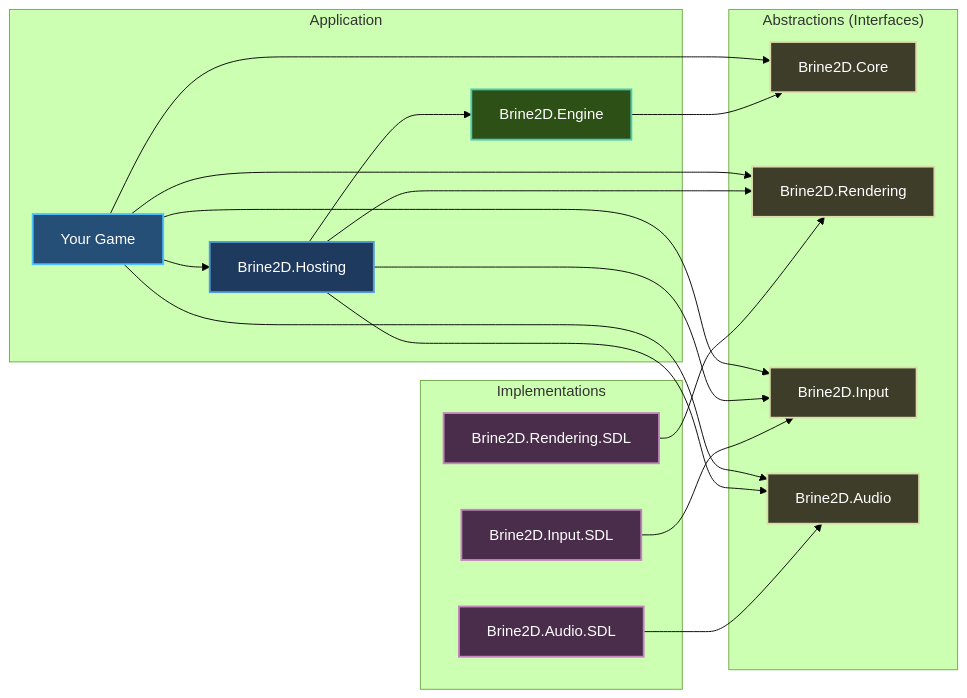
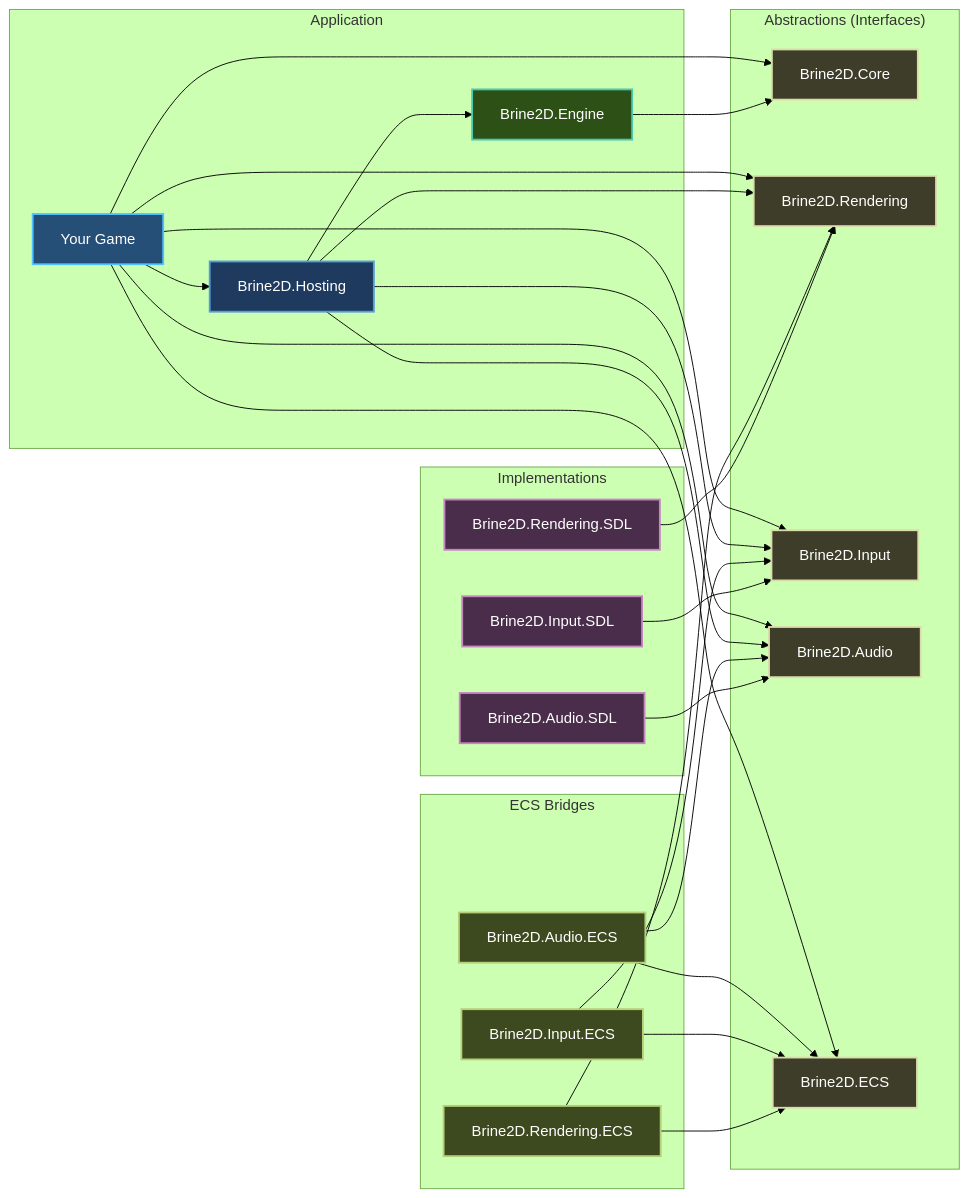
The second of 4 diagrams in docs/concepts/architecture.md (CrazyPickleStudios/Brine2D-Documentation), drawn with Mermaid (forest theme) before and after one commit. The commit also changed other lines of this file and 11 other files, not shown here.

````diff
--- a/docs/concepts/architecture.md
+++ b/docs/concepts/architecture.md
@@ -137,48 +161,67 @@
 ```mermaid
 graph LR
     subgraph "Abstractions (Interfaces)"
         CORE["Brine2D.Core"]
         RENDERING["Brine2D.Rendering"]
         INPUT["Brine2D.Input"]
         AUDIO["Brine2D.Audio"]
+        ECS["Brine2D.ECS"]
     end
     
     subgraph "Implementations"
         SDL_RENDER["Brine2D.Rendering.SDL"]
         SDL_INPUT["Brine2D.Input.SDL"]
         SDL_AUDIO["Brine2D.Audio.SDL"]
+    end
+    
+    subgraph "ECS Bridges"
+        RENDER_ECS["Brine2D.Rendering.ECS"]
+        INPUT_ECS["Brine2D.Input.ECS"]
+        AUDIO_ECS["Brine2D.Audio.ECS"]
     end
     
     subgraph "Application"
         HOSTING["Brine2D.Hosting"]
         ENGINE["Brine2D.Engine"]
         GAME["Your Game"]
     end
     
     SDL_RENDER --> RENDERING
     SDL_INPUT --> INPUT
     SDL_AUDIO --> AUDIO
     
+    RENDER_ECS --> RENDERING
+    RENDER_ECS --> ECS
+    INPUT_ECS --> INPUT
+    INPUT_ECS --> ECS
+    AUDIO_ECS --> AUDIO
+    AUDIO_ECS --> ECS
+    
     ENGINE --> CORE
     HOSTING --> ENGINE
     HOSTING --> RENDERING
     HOSTING --> INPUT
     HOSTING --> AUDIO
     
     GAME --> HOSTING
     GAME --> CORE
     GAME --> RENDERING
     GAME --> INPUT
     GAME --> AUDIO
+    GAME --> ECS
 
     style CORE fill:#3d3d2a,stroke:#dcdcaa,stroke-width:2px,color:#fff
-style RENDERING fill:#3d3d2a,stroke:#dcdcaa,stroke-width:2px,color:#fff
-style INPUT fill:#3d3d2a,stroke:#dcdcaa,stroke-width:2px,color:#fff
-style AUDIO fill:#3d3d2a,stroke:#dcdcaa,stroke-width:2px,color:#fff
-style SDL_RENDER fill:#4a2d4a,stroke:#c586c0,stroke-width:2px,color:#fff
-style SDL_INPUT fill:#4a2d4a,stroke:#c586c0,stroke-width:2px,color:#fff
-style SDL_AUDIO fill:#4a2d4a,stroke:#c586c0,stroke-width:2px,color:#fff
-style HOSTING fill:#1e3a5f,stroke:#569cd6,stroke-width:2px,color:#fff
-style ENGINE fill:#2d5016,stroke:#4ec9b0,stroke-width:2px,color:#fff
-style GAME fill:#264f78,stroke:#4fc1ff,stroke-width:2px,color:#fff
+    style RENDERING fill:#3d3d2a,stroke:#dcdcaa,stroke-width:2px,color:#fff
+    style INPUT fill:#3d3d2a,stroke:#dcdcaa,stroke-width:2px,color:#fff
+    style AUDIO fill:#3d3d2a,stroke:#dcdcaa,stroke-width:2px,color:#fff
+    style ECS fill:#3d3d2a,stroke:#dcdcaa,stroke-width:2px,color:#fff
+    style SDL_RENDER fill:#4a2d4a,stroke:#c586c0,stroke-width:2px,color:#fff
+    style SDL_INPUT fill:#4a2d4a,stroke:#c586c0,stroke-width:2px,color:#fff
+    style SDL_AUDIO fill:#4a2d4a,stroke:#c586c0,stroke-width:2px,color:#fff
+    style RENDER_ECS fill:#3d4a1f,stroke:#b5ce78,stroke-width:2px,color:#fff
+    style INPUT_ECS fill:#3d4a1f,stroke:#b5ce78,stroke-width:2px,color:#fff
+    style AUDIO_ECS fill:#3d4a1f,stroke:#b5ce78,stroke-width:2px,color:#fff
+    style HOSTING fill:#1e3a5f,stroke:#569cd6,stroke-width:2px,color:#fff
+    style ENGINE fill:#2d5016,stroke:#4ec9b0,stroke-width:2px,color:#fff
+    style GAME fill:#264f78,stroke:#4fc1ff,stroke-width:2px,color:#fff
 ```
````
